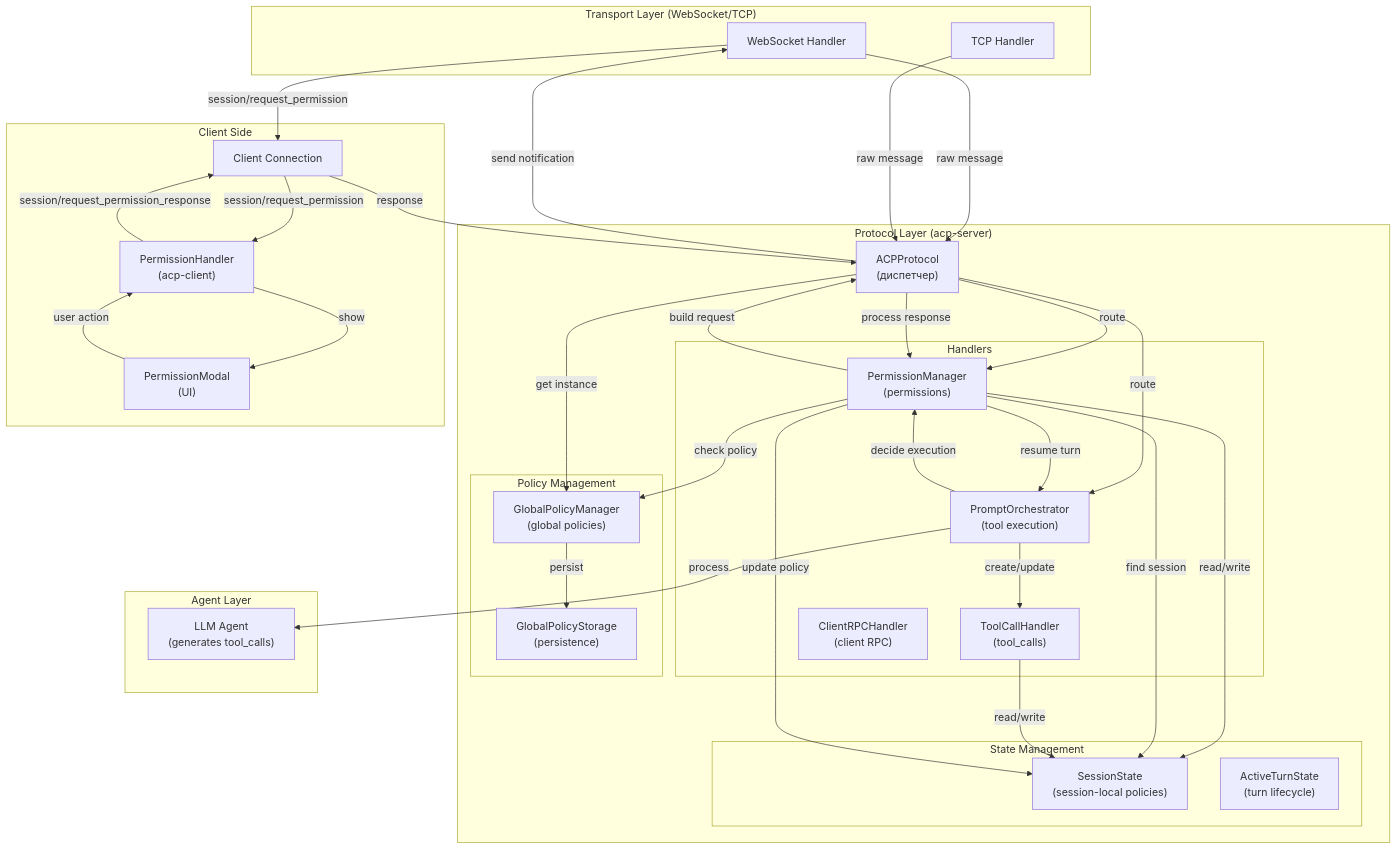
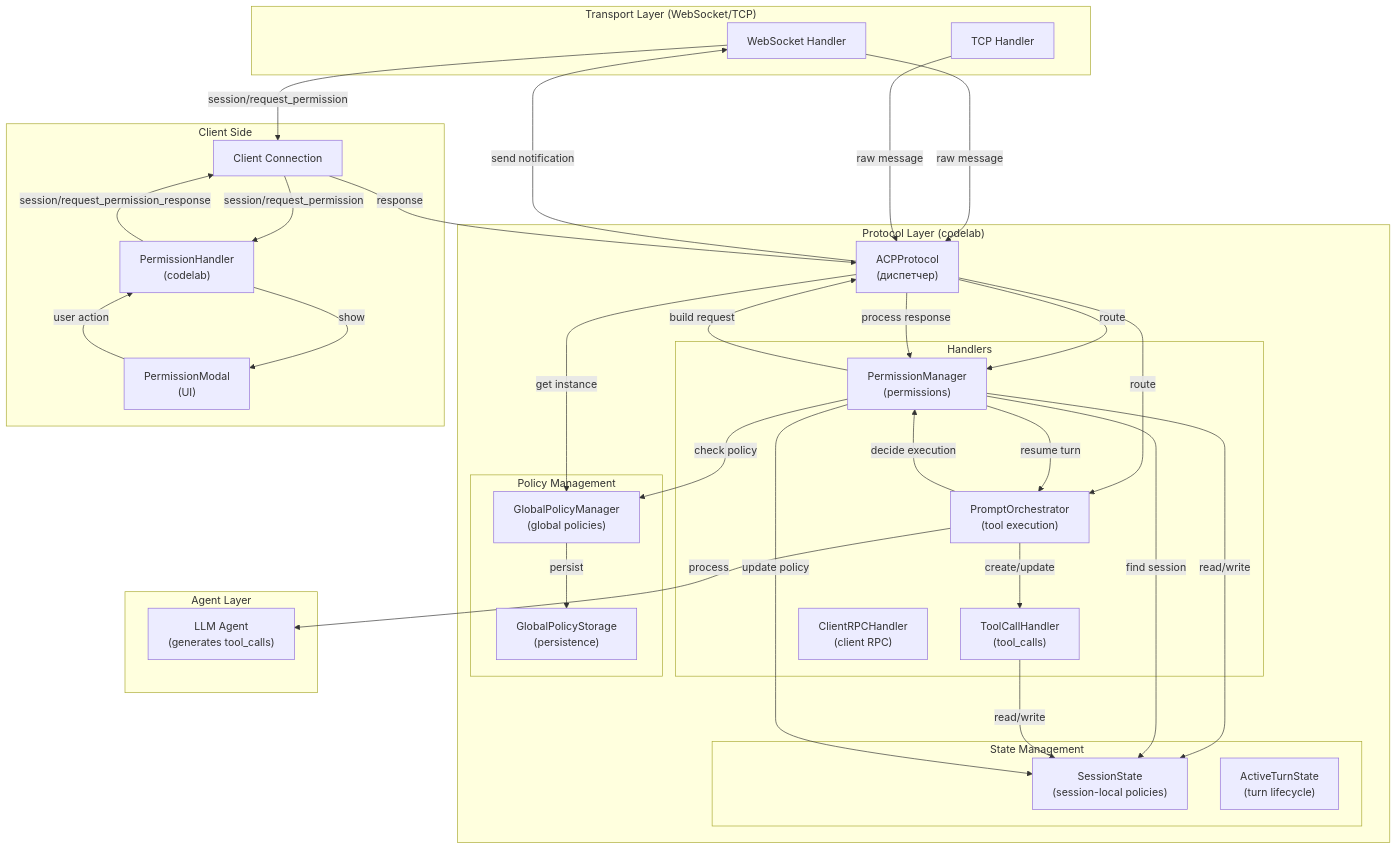
Before and after one commit to pese-git/acp-workspace: the third of 3 diagrams in doc/architecture/SERVER_PERMISSION_INTEGRATION_ARCHITECTURE.md, drawn with Mermaid. The commit also changed other lines of this file and 107 other files, not shown here.

````diff
--- a/doc/architecture/SERVER_PERMISSION_INTEGRATION_ARCHITECTURE.md
+++ b/doc/architecture/SERVER_PERMISSION_INTEGRATION_ARCHITECTURE.md
@@ -566,71 +566,71 @@
 ```mermaid
 graph TB
     subgraph Transport["Transport Layer (WebSocket/TCP)"]
         WS["WebSocket Handler"]
         TCP["TCP Handler"]
     end
     
-    subgraph Protocol["Protocol Layer (acp-server)"]
+    subgraph Protocol["Protocol Layer (codelab)"]
         Core["ACPProtocol<br/>(диспетчер)"]
         
         subgraph Handlers["Handlers"]
             PM["PermissionManager<br/>(permissions)"]
             TCH["ToolCallHandler<br/>(tool_calls)"]
             PO["PromptOrchestrator<br/>(tool execution)"]
             CRPC["ClientRPCHandler<br/>(client RPC)"]
         end
         
         subgraph Storage["State Management"]
             SS["SessionState<br/>(session-local policies)"]
             ATS["ActiveTurnState<br/>(turn lifecycle)"]
         end
         
         subgraph Policy["Policy Management"]
             GPM["GlobalPolicyManager<br/>(global policies)"]
             GPS["GlobalPolicyStorage<br/>(persistence)"]
         end
     end
     
     subgraph Agent["Agent Layer"]
         LLM["LLM Agent<br/>(generates tool_calls)"]
     end
     
     subgraph Client["Client Side"]
         CM["Client Connection"]
-        PH["PermissionHandler<br/>(acp-client)"]
+        PH["PermissionHandler<br/>(codelab)"]
         PM_UI["PermissionModal<br/>(UI)"]
     end
     
     WS -->|raw message| Core
     TCP -->|raw message| Core
     
     Core -->|route| PM
     Core -->|route| PO
     Core -->|get instance| GPM
     
     PO -->|decide execution| PM
     PO -->|create/update| TCH
     PO -->|process| LLM
     
     PM -->|read/write| SS
     PM -->|find session| SS
     PM -->|check policy| GPM
     
     TCH -->|read/write| SS
     
     GPM -->|persist| GPS
     
     PM -->|build request| Core
     Core -->|send notification| WS
     WS -->|session/request_permission| CM
     
     CM -->|session/request_permission| PH
     PH -->|show| PM_UI
     PM_UI -->|user action| PH
     PH -->|session/request_permission_response| CM
     CM -->|response| Core
     
     Core -->|process response| PM
     PM -->|update policy| SS
     PM -->|resume turn| PO
 ```
````
